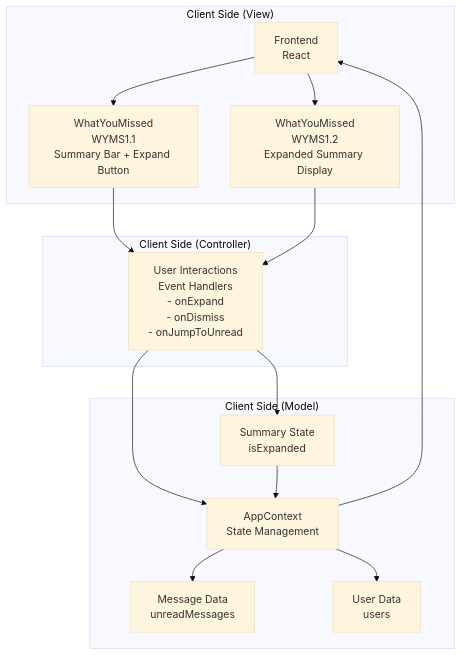
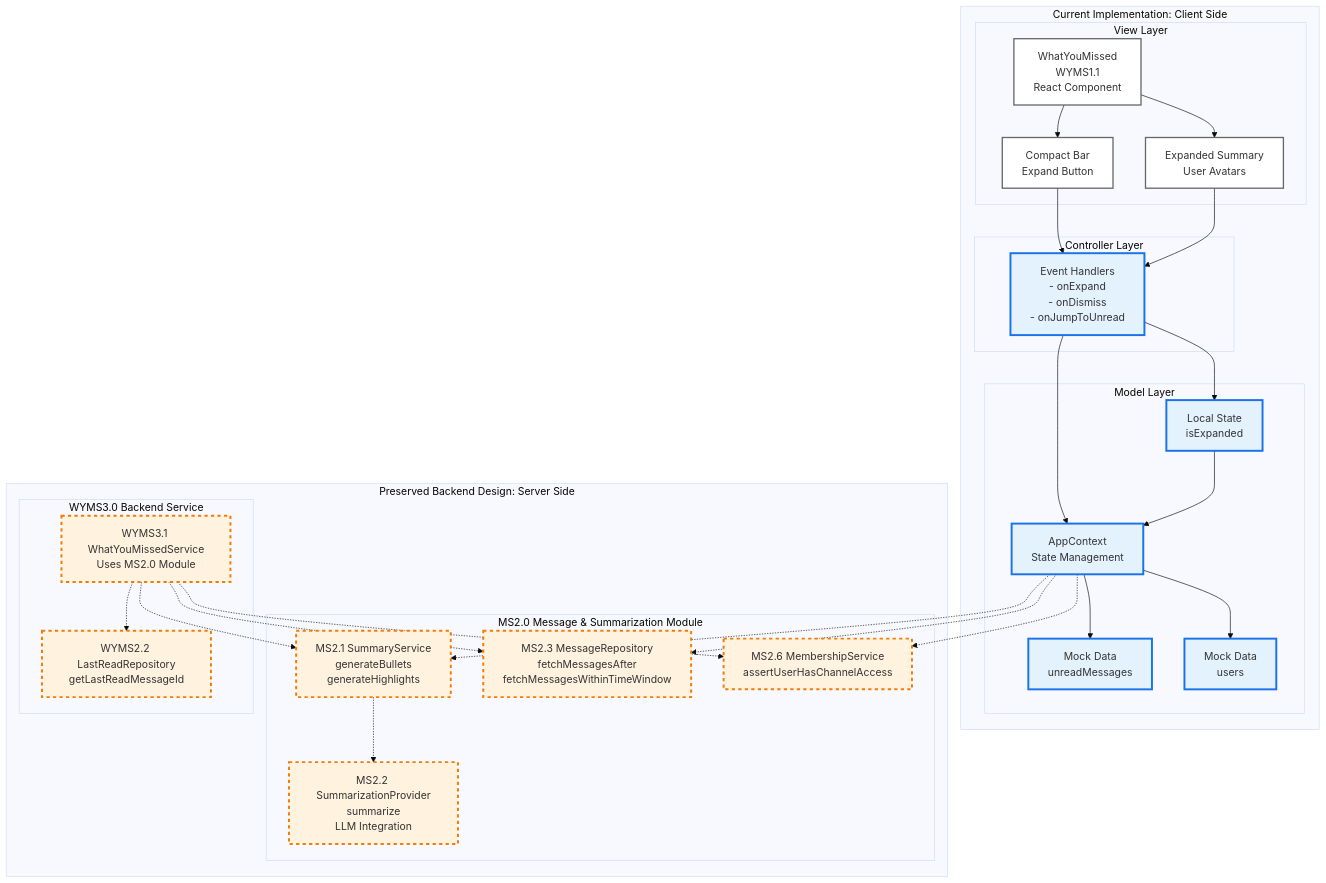
The diagram in docs/diagrams/automatic_architecture_diagram.mmd (JamezM546/Web-Based-Discord-Clone), drawn with Mermaid (base theme) before and after one commit. The commit also changed 20 other files, not shown here.

First line of the commit message:
Update dev specs v2 to align with current codebase while preserving backend design

```diff
--- a/docs/diagrams/automatic_architecture_diagram.mmd
+++ b/docs/diagrams/automatic_architecture_diagram.mmd
@@ -1,32 +1,66 @@
 graph TB
     %% What You Missed Summary (WYMS) - Architecture Diagram
-    %% MVC Architecture Pattern
+    %% Shows both current client-side implementation and preserved backend design
 
-    subgraph "Client Side (View)"
-        A[Frontend<br/>React]
-        B[WhatYouMissed<br/>WYMS1.1<br/>Summary Bar + Expand Button]
-        C[WhatYouMissed<br/>WYMS1.2<br/>Expanded Summary Display]
+    subgraph "Current Implementation: Client Side"
+        subgraph "View Layer"
+            A[WhatYouMissed<br/>WYMS1.1<br/>React Component]
+            A1[Compact Bar<br/>Expand Button]
+            A2[Expanded Summary<br/>User Avatars]
+        end
+        
+        subgraph "Controller Layer"
+            B[Event Handlers<br/>- onExpand<br/>- onDismiss<br/>- onJumpToUnread]
+        end
+        
+        subgraph "Model Layer"
+            C[AppContext<br/>State Management]
+            C1[Mock Data<br/>unreadMessages]
+            C2[Mock Data<br/>users]
+            C3[Local State<br/>isExpanded]
+        end
     end
 
-    subgraph "Client Side (Controller)"
-        D[User Interactions<br/>Event Handlers<br/>- onExpand<br/>- onDismiss<br/>- onJumpToUnread]
+    subgraph "Preserved Backend Design: Server Side"
+        subgraph "MS2.0 Message & Summarization Module"
+            D[MS2.1 SummaryService<br/>generateBullets<br/>generateHighlights]
+            E[MS2.2 SummarizationProvider<br/>summarize<br/>LLM Integration]
+            F[MS2.3 MessageRepository<br/>fetchMessagesAfter<br/>fetchMessagesWithinTimeWindow]
+            G[MS2.6 MembershipService<br/>assertUserHasChannelAccess]
+        end
+        
+        subgraph "WYMS3.0 Backend Service"
+            H[WYMS3.1 WhatYouMissedService<br/>Uses MS2.0 Module]
+            I[WYMS2.2 LastReadRepository<br/>getLastReadMessageId]
+        end
     end
 
-    subgraph "Client Side (Model)"
-        E[AppContext<br/>State Management]
-        F[Message Data<br/>unreadMessages]
-        G[User Data<br/>users]
-        H[Summary State<br/>isExpanded]
-    end
+    %% Current Implementation Flow
+    A --> A1
+    A --> A2
+    A1 --> B
+    A2 --> B
+    B --> C
+    B --> C3
+    C --> C1
+    C --> C2
+    C3 --> C
 
-    %% MVC Data Flow
-    A --> B
-    A --> C
-    B --> D
-    C --> D
-    D --> E
-    D --> H
-    E --> F
-    E --> G
-    H --> E
-    E --> A
+    %% Future Backend Connections (dashed lines)
+    C -.-> F
+    C -.-> D
+    C -.-> G
+    D -.-> E
+    H -.-> D
+    H -.-> F
+    H -.-> G
+    H -.-> I
+
+    %% Styling
+    classDef currentImpl fill:#e3f2fd,stroke:#1a73e8,stroke-width:3px
+    classDef backendDesign fill:#fff3e0,stroke:#f57c00,stroke-width:3px,stroke-dasharray: 5 5
+    classDef componentClass fill:#ffffff,stroke:#666666,stroke-width:2px
+    
+    class A,A1,A2,B,C,C1,C2,C3 currentImpl
+    class D,E,F,G,H,I backendDesign
+    class A,A1,A2 componentClass
```
